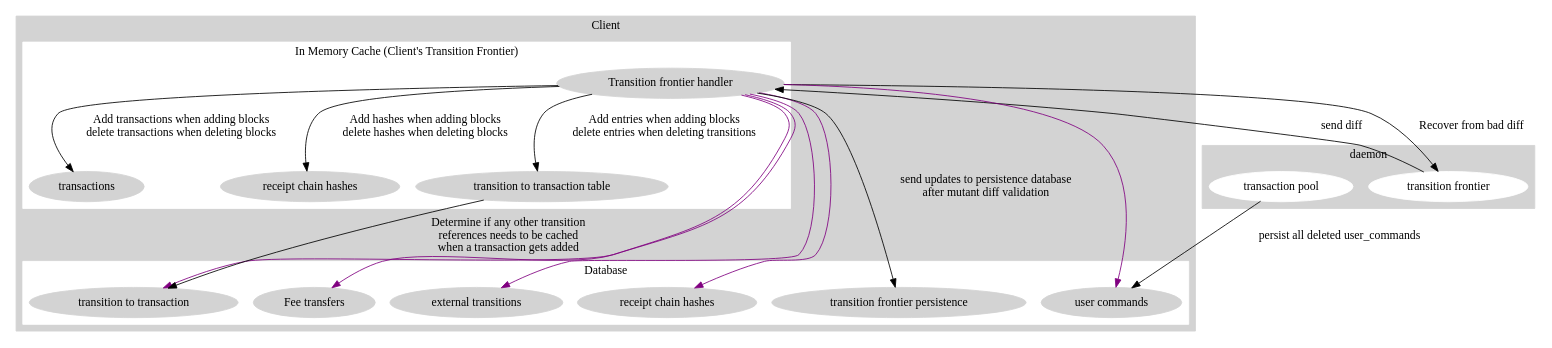
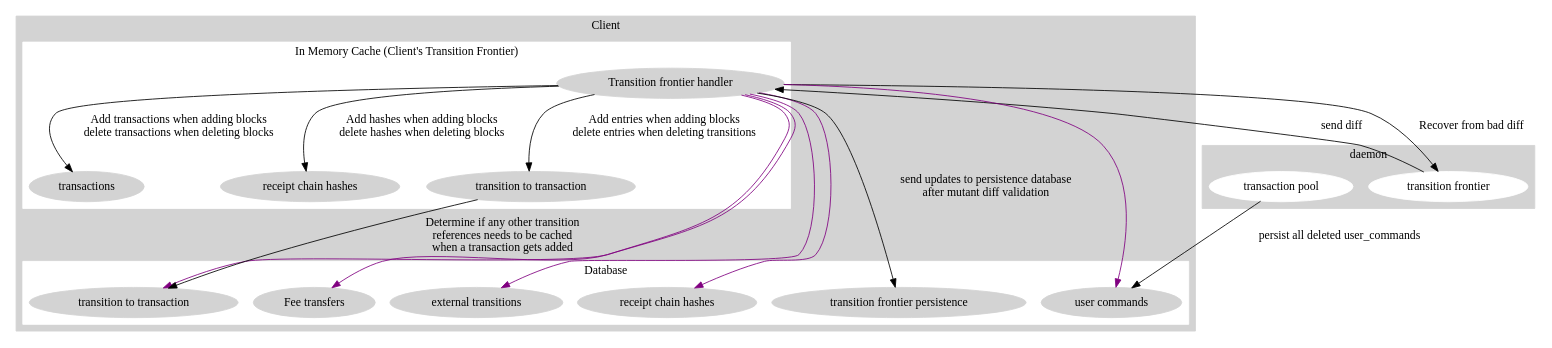
The diagram in docs/res/client_process.dot (MinaProtocol/mina), drawn with Graphviz before and after one commit. The commit also changed 1 other file, not shown here.

```diff
--- a/docs/res/client_process.dot
+++ b/docs/res/client_process.dot
@@ -1,60 +1,60 @@
 digraph client_process {
     subgraph cluster_0 {
 		style=filled;
 		color=lightgrey;
 		node [style=filled,color=white];
 		transition_frontier [label="transition frontier"];
         transaction_pool [label="transaction pool"];
 		label = "daemon";
 	}
 
     subgraph cluster_1 {
 		style=filled;
 		color=lightgrey;
 
 		node [style=filled,color=white];
 
         subgraph cluster_3 {
             style=filled;
             color=white
             node [style=filled,color=lightgrey];
                 transition_frontier_copy [label="Transition frontier handler"];
                 in_memory_receipt_chain_table [label="receipt chain hashes"];
-                in_memory_transition_to_transaction_table [label="transition to transaction table"];
+                in_memory_transition_to_transaction_table [label="transition to transaction"];
                 in_memory_transactions [label="transactions"]
             label = "In Memory Cache (Client's Transition Frontier)"
         }
 
         subgraph cluster_2 {
             style=filled;
             color=white
             node [style=filled,color=lightgrey];
             external_transitions [label="external transitions"];
             user_commands [label="user commands"];
             receipt_chain_table [label="receipt chain hashes"];
             transition_to_transaction_table [label="transition to transaction"];
             transition_frontier_persistence [label="transition frontier persistence"];
             fee_transfers [label="Fee transfers"];
             label = "Database"
         }
 
         label = "Client";        
 	}
 
     // maybe have an account database that tells you the nonce of the transaction so that the 
     // in_memory_transition_to_transaction_table does not have to make a lot of calls to transition_to_transaction_table
     
     transition_frontier_copy -> transition_frontier_persistence [ label="send updates to persistence database\nafter mutant diff validation" ]
     transition_frontier_copy -> in_memory_transition_to_transaction_table [ label="Add entries when adding blocks\ndelete entries when deleting transitions" ]
     transition_frontier_copy -> in_memory_receipt_chain_table [ label="Add hashes when adding blocks\ndelete hashes when deleting blocks"]
     transition_frontier_copy -> in_memory_transactions [ label="Add transactions when adding blocks\ndelete transactions when deleting blocks"]
     
     {transition_frontier_copy} -> {external_transitions, user_commands, transition_to_transaction_table, receipt_chain_table, fee_transfers} [color=purple]
     in_memory_transition_to_transaction_table -> transition_to_transaction_table  [label="Determine if any other transition \n references needs to be cached \n when a transaction gets added "]
 
     transaction_pool -> user_commands [label="persist all deleted user_commands"]
     transition_frontier -> transition_frontier_copy [ label="send diff" ]
     transition_frontier_copy -> transition_frontier [ label="Recover from bad diff" ]
 
 
 }
```
